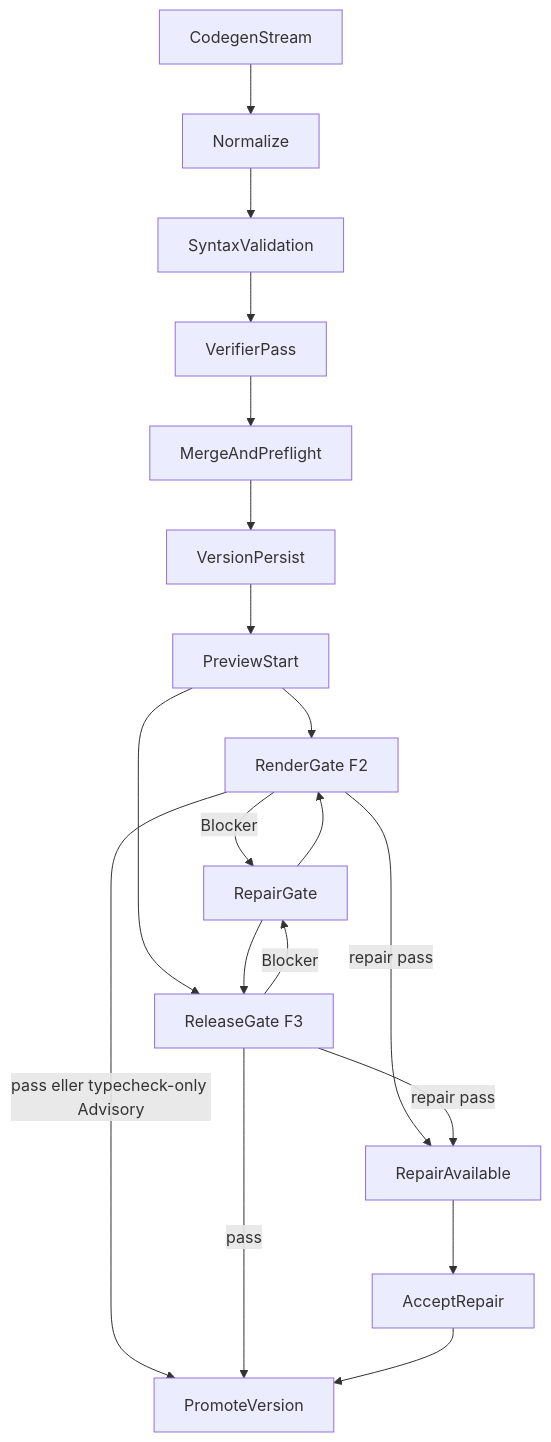
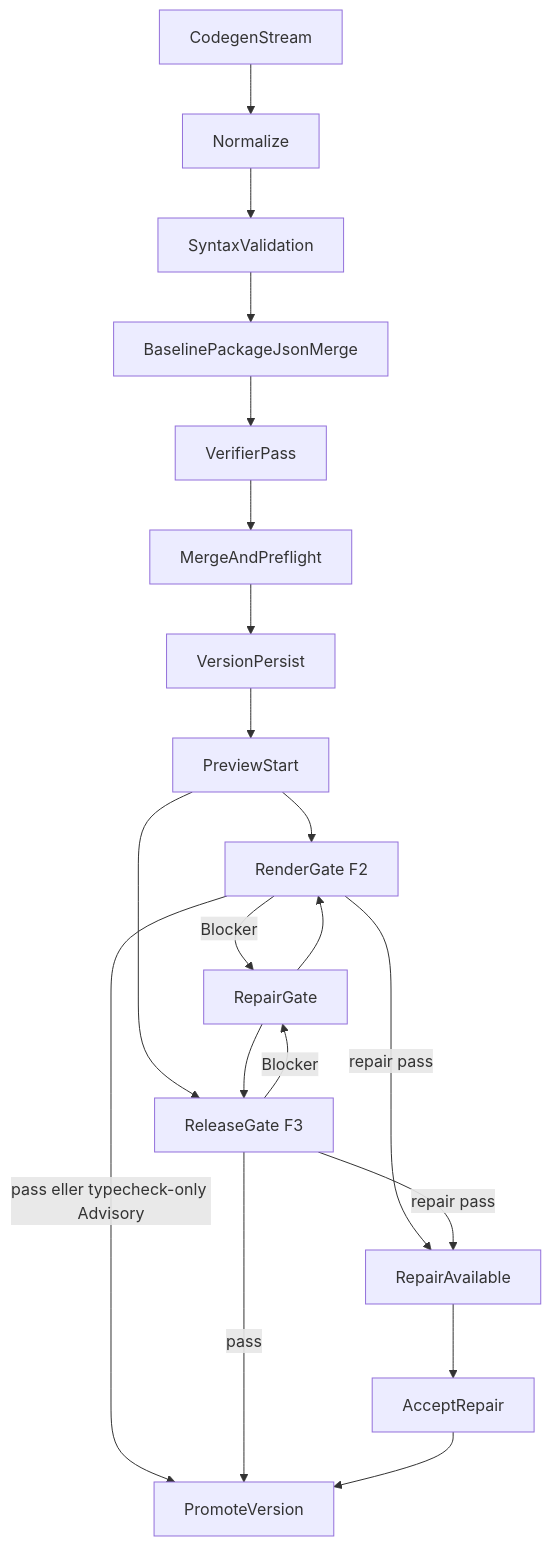
One commit to Jakeminator123/sajtmaskin changed the diagram in docs/architecture/quality-gate-flow.md. Above: the diagram before and after it, drawn with Mermaid. The commit also changed other lines of this file and 13 other files, not shown here.

First line of the commit message:
fix(verifier): bedöm den mergade package.json, inte modellens utkast

````diff
--- a/docs/architecture/quality-gate-flow.md
+++ b/docs/architecture/quality-gate-flow.md
@@ -81,21 +81,22 @@
 ```mermaid
 flowchart TD
     codegen[CodegenStream] --> normalize[Normalize]
     normalize --> syntax[SyntaxValidation]
-    syntax --> verifier[VerifierPass]
+    syntax --> mergedPkg[BaselinePackageJsonMerge]
+    mergedPkg --> verifier[VerifierPass]
     verifier --> preflight[MergeAndPreflight]
     preflight --> persist[VersionPersist]
     persist --> preview[PreviewStart]
     preview --> renderGate[RenderGate F2]
     preview --> releaseGate[ReleaseGate F3]
     renderGate -->|pass eller typecheck-only Advisory| promoted[PromoteVersion]
     renderGate -->|Blocker| repair[RepairGate]
     releaseGate -->|pass| promoted
     releaseGate -->|Blocker| repair
     repair --> renderGate
     repair --> releaseGate
     renderGate -->|repair pass| repairAvailable[RepairAvailable]
     releaseGate -->|repair pass| repairAvailable
     repairAvailable --> acceptRepair[AcceptRepair]
     acceptRepair --> promoted
 ```
````
